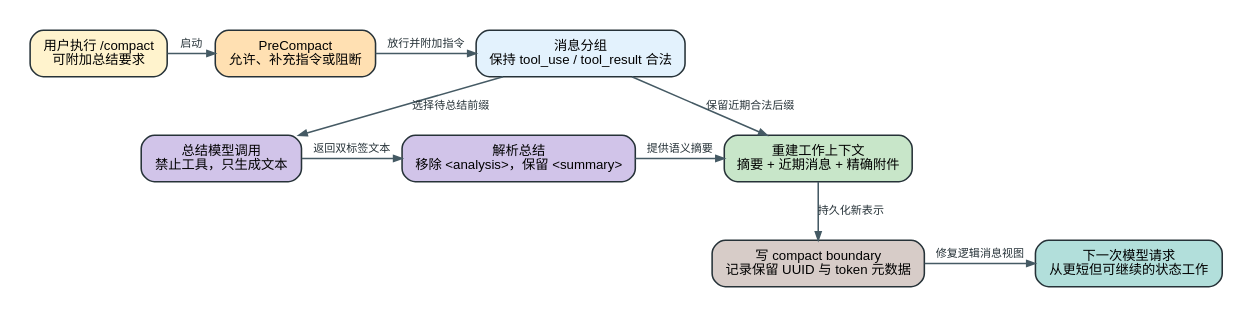
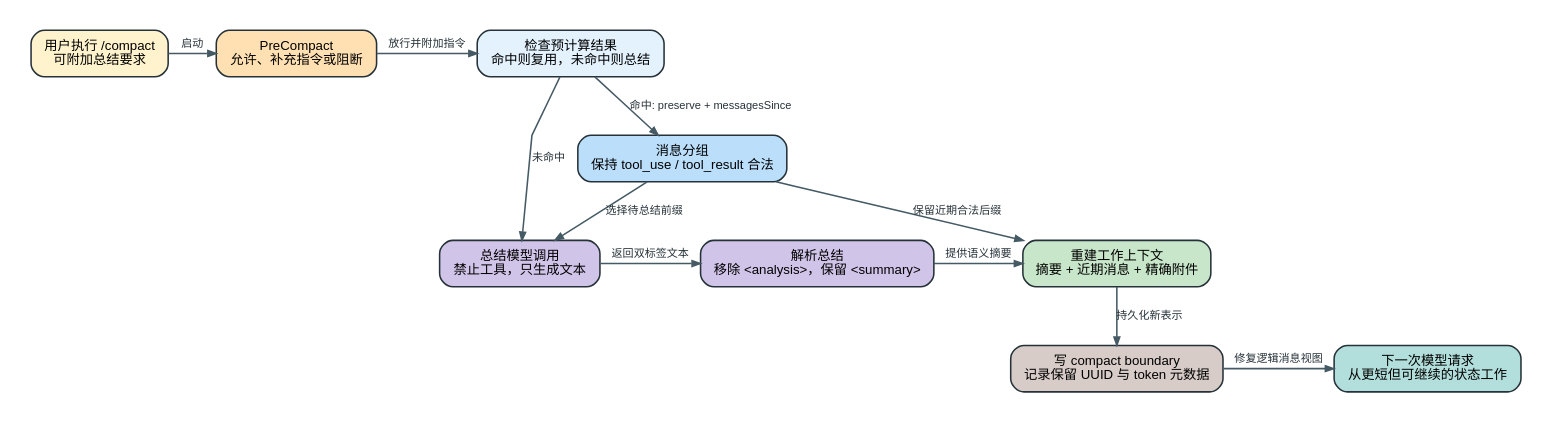
The diagram in analysis/visuals/compact-lifecycle.dot (SwallOwDili/claudecodecli-sourcecode), drawn with Graphviz before and after one commit. The commit also changed 36 other files, not shown here.

```diff
--- a/analysis/visuals/compact-lifecycle.dot
+++ b/analysis/visuals/compact-lifecycle.dot
@@ -1,50 +1,53 @@
 digraph compact_lifecycle {
   graph [
     rankdir=TB,
     bgcolor="#ffffff",
     pad="0.28",
     nodesep="0.30",
     ranksep="0.58",
     splines=polyline,
     fontname="Arial, PingFang SC, Microsoft YaHei"
   ];
   node [
     shape=box,
     style="rounded,filled",
     color="#263238",
     penwidth=1.4,
     margin="0.16,0.11",
     fontname="Arial, PingFang SC, Microsoft YaHei",
     fontsize=12
   ];
   edge [
     color="#455a64",
     penwidth=1.4,
     arrowsize=0.75,
     fontname="Arial, PingFang SC, Microsoft YaHei",
     fontsize=10,
     fontcolor="#263238"
   ];
 
   trigger [label="用户执行 /compact\n可附加总结要求", fillcolor="#fff3cd"];
   prehook [label="PreCompact\n允许、补充指令或阻断", fillcolor="#ffe0b2"];
-  groups [label="消息分组\n保持 tool_use / tool_result 合法", fillcolor="#e3f2fd"];
+  mode [label="检查预计算结果\n命中则复用，未命中则总结", fillcolor="#e3f2fd"];
+  groups [label="消息分组\n保持 tool_use / tool_result 合法", fillcolor="#bbdefb"];
   summarize [label="总结模型调用\n禁止工具，只生成文本", fillcolor="#d1c4e9"];
   parse [label="解析总结\n移除 <analysis>，保留 <summary>", fillcolor="#d1c4e9"];
   rebuild [label="重建工作上下文\n摘要 + 近期消息 + 精确附件", fillcolor="#c8e6c9"];
   boundary [label="写 compact boundary\n记录保留 UUID 与 token 元数据", fillcolor="#d7ccc8"];
   next [label="下一次模型请求\n从更短但可继续的状态工作", fillcolor="#b2dfdb"];
 
-  { rank=same; trigger; prehook; groups; }
+  { rank=same; trigger; prehook; mode; }
   { rank=same; summarize; parse; rebuild; }
   { rank=same; boundary; next; }
 
   trigger -> prehook [label="启动"];
-  prehook -> groups [label="放行并附加指令"];
+  prehook -> mode [label="放行并附加指令"];
+  mode -> summarize [label="未命中"];
+  mode -> groups [label="命中: preserve + messagesSince"];
   groups -> summarize [label="选择待总结前缀"];
   summarize -> parse [label="返回双标签文本"];
   parse -> rebuild [label="提供语义摘要"];
   groups -> rebuild [label="保留近期合法后缀"];
   rebuild -> boundary [label="持久化新表示"];
   boundary -> next [label="修复逻辑消息视图"];
 }
```
